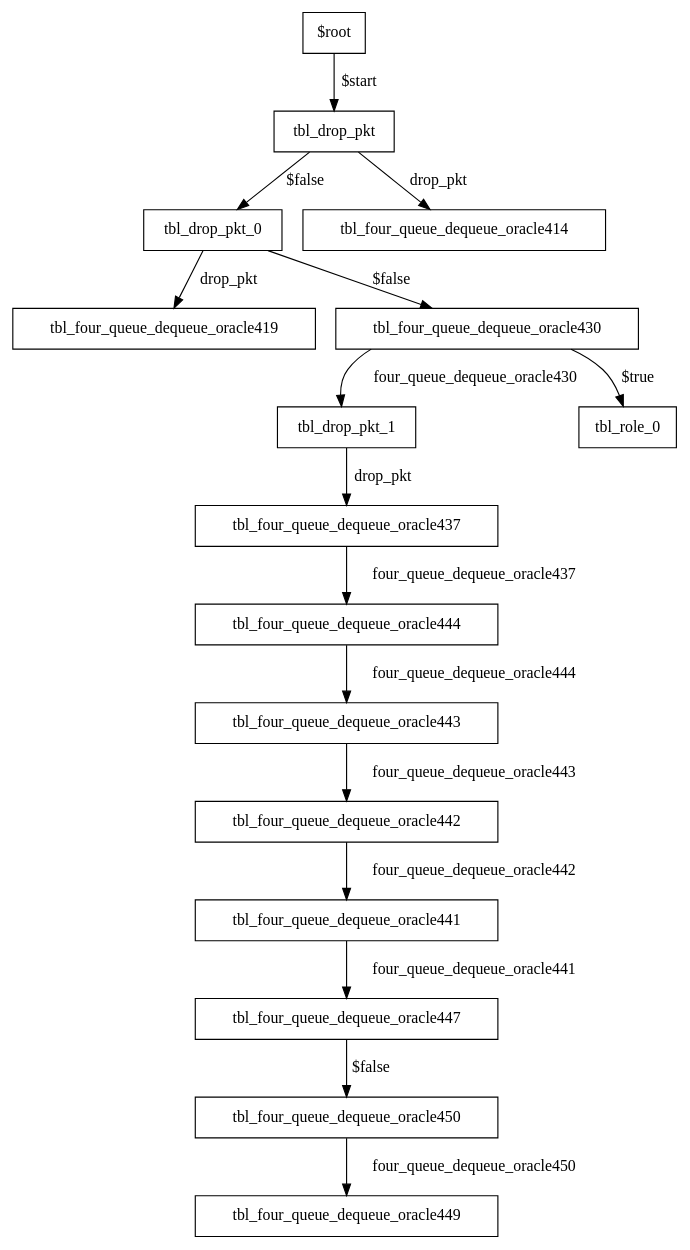
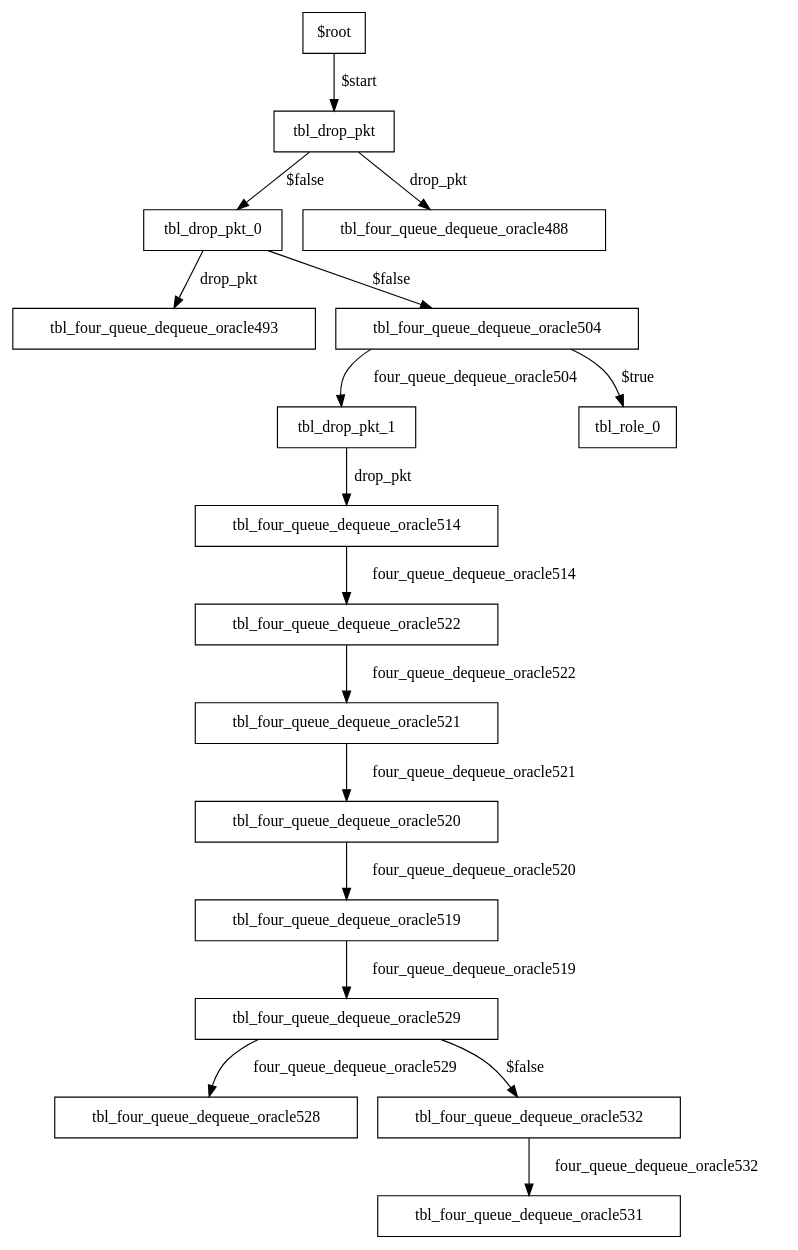
The diagram in research/case_a_read_anchored_dual_release/p4/build_dequeue_oracle_9.13.1/pipe/graphs/ingress.power.dot (akekulip/DNP3_obf), drawn with Graphviz before and after one commit. The commit also changed 25 other files, not shown here.

```diff
--- a/research/case_a_read_anchored_dual_release/p4/build_dequeue_oracle_9.13.1/pipe/graphs/ingress.power.dot
+++ b/research/case_a_read_anchored_dual_release/p4/build_dequeue_oracle_9.13.1/pipe/graphs/ingress.power.dot
@@ -1,33 +1,35 @@
 digraph ingress {
 0 [label="$root" shape=box color="black"];
 1 [label="tbl_drop_pkt" shape=box color="black"];
 3 [label="tbl_drop_pkt_0" shape=box color="black"];
 6 [label="tbl_drop_pkt_1" shape=box color="black"];
-2 [label="tbl_four_queue_dequeue_oracle414" shape=box color="black"];
-4 [label="tbl_four_queue_dequeue_oracle419" shape=box color="black"];
-5 [label="tbl_four_queue_dequeue_oracle430" shape=box color="black"];
-8 [label="tbl_four_queue_dequeue_oracle437" shape=box color="black"];
-12 [label="tbl_four_queue_dequeue_oracle441" shape=box color="black"];
-11 [label="tbl_four_queue_dequeue_oracle442" shape=box color="black"];
-10 [label="tbl_four_queue_dequeue_oracle443" shape=box color="black"];
-9 [label="tbl_four_queue_dequeue_oracle444" shape=box color="black"];
-13 [label="tbl_four_queue_dequeue_oracle447" shape=box color="black"];
-15 [label="tbl_four_queue_dequeue_oracle449" shape=box color="black"];
-14 [label="tbl_four_queue_dequeue_oracle450" shape=box color="black"];
+2 [label="tbl_four_queue_dequeue_oracle488" shape=box color="black"];
+4 [label="tbl_four_queue_dequeue_oracle493" shape=box color="black"];
+5 [label="tbl_four_queue_dequeue_oracle504" shape=box color="black"];
+8 [label="tbl_four_queue_dequeue_oracle514" shape=box color="black"];
+12 [label="tbl_four_queue_dequeue_oracle519" shape=box color="black"];
+11 [label="tbl_four_queue_dequeue_oracle520" shape=box color="black"];
+10 [label="tbl_four_queue_dequeue_oracle521" shape=box color="black"];
+9 [label="tbl_four_queue_dequeue_oracle522" shape=box color="black"];
+14 [label="tbl_four_queue_dequeue_oracle528" shape=box color="black"];
+13 [label="tbl_four_queue_dequeue_oracle529" shape=box color="black"];
+16 [label="tbl_four_queue_dequeue_oracle531" shape=box color="black"];
+15 [label="tbl_four_queue_dequeue_oracle532" shape=box color="black"];
 7 [label="tbl_role_0" shape=box color="black"];
 0-> 1 [label="$start" color="black"];
 1-> 2 [label="drop_pkt" color="black"];
 1-> 3 [label="$false" color="black"];
 3-> 4 [label="drop_pkt" color="black"];
 3-> 5 [label="$false" color="black"];
 6-> 8 [label="drop_pkt" color="black"];
-5-> 6 [label="four_queue_dequeue_oracle430" color="black"];
+5-> 6 [label="four_queue_dequeue_oracle504" color="black"];
 5-> 7 [label="$true" color="black"];
-8-> 9 [label="four_queue_dequeue_oracle437" color="black"];
-12-> 13 [label="four_queue_dequeue_oracle441" color="black"];
-11-> 12 [label="four_queue_dequeue_oracle442" color="black"];
-10-> 11 [label="four_queue_dequeue_oracle443" color="black"];
-9-> 10 [label="four_queue_dequeue_oracle444" color="black"];
-13-> 14 [label="$false" color="black"];
-14-> 15 [label="four_queue_dequeue_oracle450" color="black"];
+8-> 9 [label="four_queue_dequeue_oracle514" color="black"];
+12-> 13 [label="four_queue_dequeue_oracle519" color="black"];
+11-> 12 [label="four_queue_dequeue_oracle520" color="black"];
+10-> 11 [label="four_queue_dequeue_oracle521" color="black"];
+9-> 10 [label="four_queue_dequeue_oracle522" color="black"];
+13-> 14 [label="four_queue_dequeue_oracle529" color="black"];
+13-> 15 [label="$false" color="black"];
+15-> 16 [label="four_queue_dequeue_oracle532" color="black"];
 }
```
